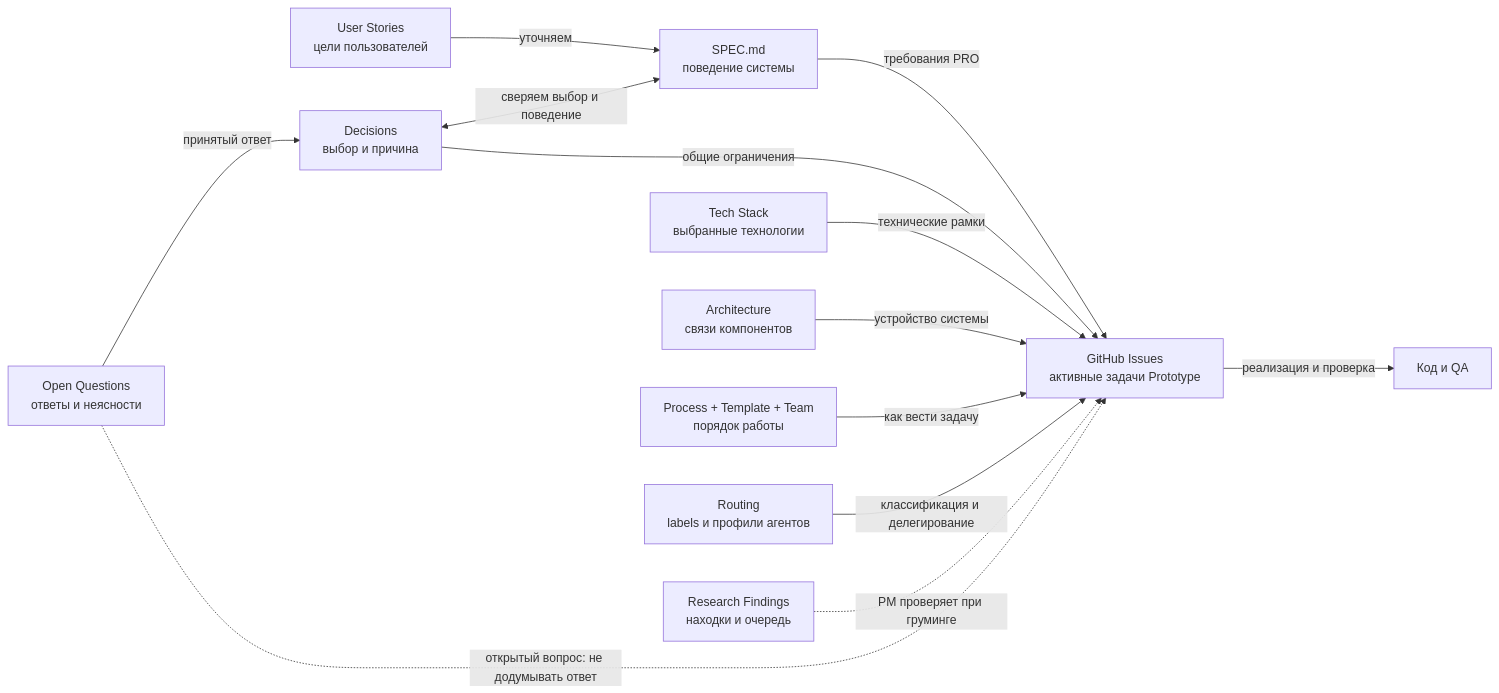
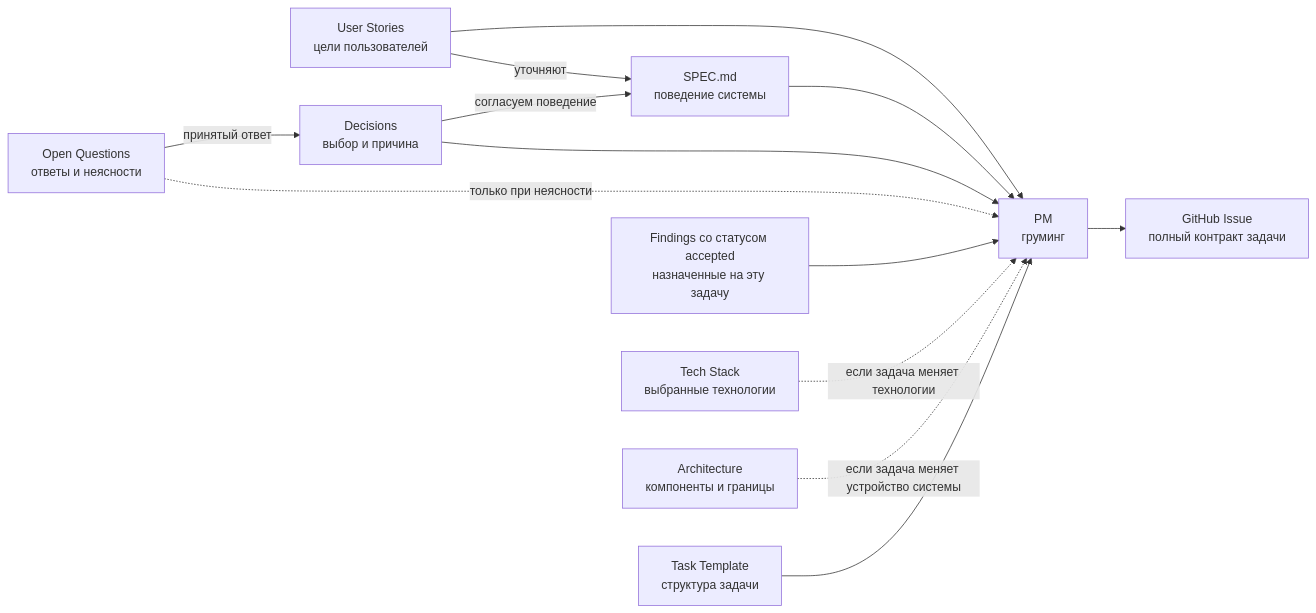
One commit to tryproxy/tg-super-backend changed the first of 2 diagrams in _docs/README.md. Above: the diagram before and after it, drawn with Mermaid. The commit also changed other lines of this file and 12 other files, not shown here.

````diff
--- a/_docs/README.md
+++ b/_docs/README.md
@@ -7,15 +7,17 @@
 ```mermaid
 flowchart LR
-    US["User Stories<br/>цели пользователей"] -->|уточняем| SPEC["SPEC.md<br/>поведение системы"]
+    US["User Stories<br/>цели пользователей"] -->|уточняют| SPEC["SPEC.md<br/>поведение системы"]
     OQ["Open Questions<br/>ответы и неясности"] -->|принятый ответ| DEC["Decisions<br/>выбор и причина"]
-    DEC <-->|сверяем выбор и поведение| SPEC
-    SPEC -->|требования PRO| ISS["GitHub Issues<br/>активные задачи Prototype"]
-    DEC -->|общие ограничения| ISS
-    STACK["Tech Stack<br/>выбранные технологии"] -->|технические рамки| ISS
-    ARCH["Architecture<br/>связи компонентов"] -->|устройство системы| ISS
-    PROCESS["Process + Template + Team<br/>порядок работы"] -->|как вести задачу| ISS
-    ROUTING["Routing<br/>labels и профили агентов"] -->|классификация и делегирование| ISS
-    FINDINGS["Research Findings<br/>находки и очередь"] -.->|PM проверяет при груминге| ISS
-    OQ -.->|открытый вопрос: не додумывать ответ| ISS
-    ISS -->|реализация и проверка| CODE["Код и QA"]
+    DEC -->|согласуем поведение| SPEC
+
+    US --> PM["PM<br/>груминг"]
+    SPEC --> PM
+    DEC --> PM
+    OQ -.->|только при неясности| PM
+    FINDINGS["Findings со статусом accepted<br/>назначенные на эту задачу"] --> PM
+    STACK["Tech Stack<br/>выбранные технологии"] -.->|если задача меняет технологии| PM
+    ARCH["Architecture<br/>компоненты и границы"] -.->|если задача меняет устройство системы| PM
+
+    TEMPLATE["Task Template<br/>структура задачи"] --> PM
+    PM --> ISS["GitHub Issue<br/>полный контракт задачи"]
 ```
````
